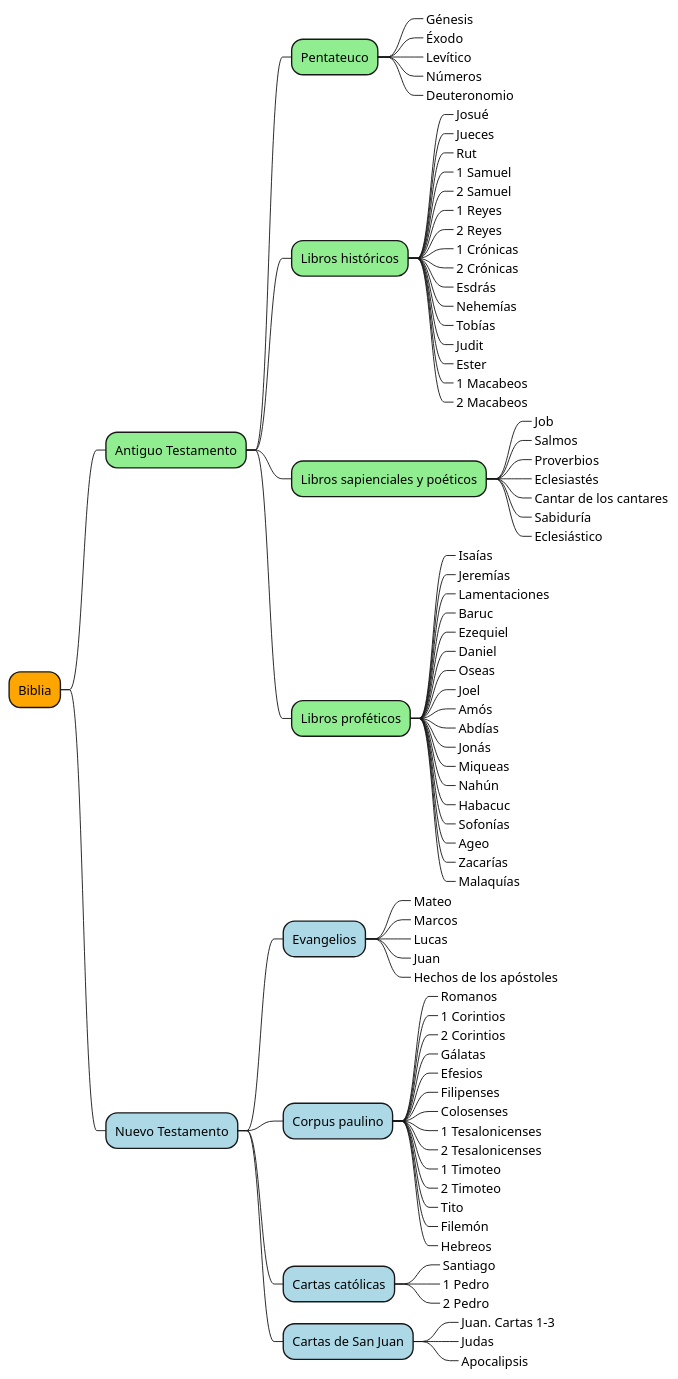
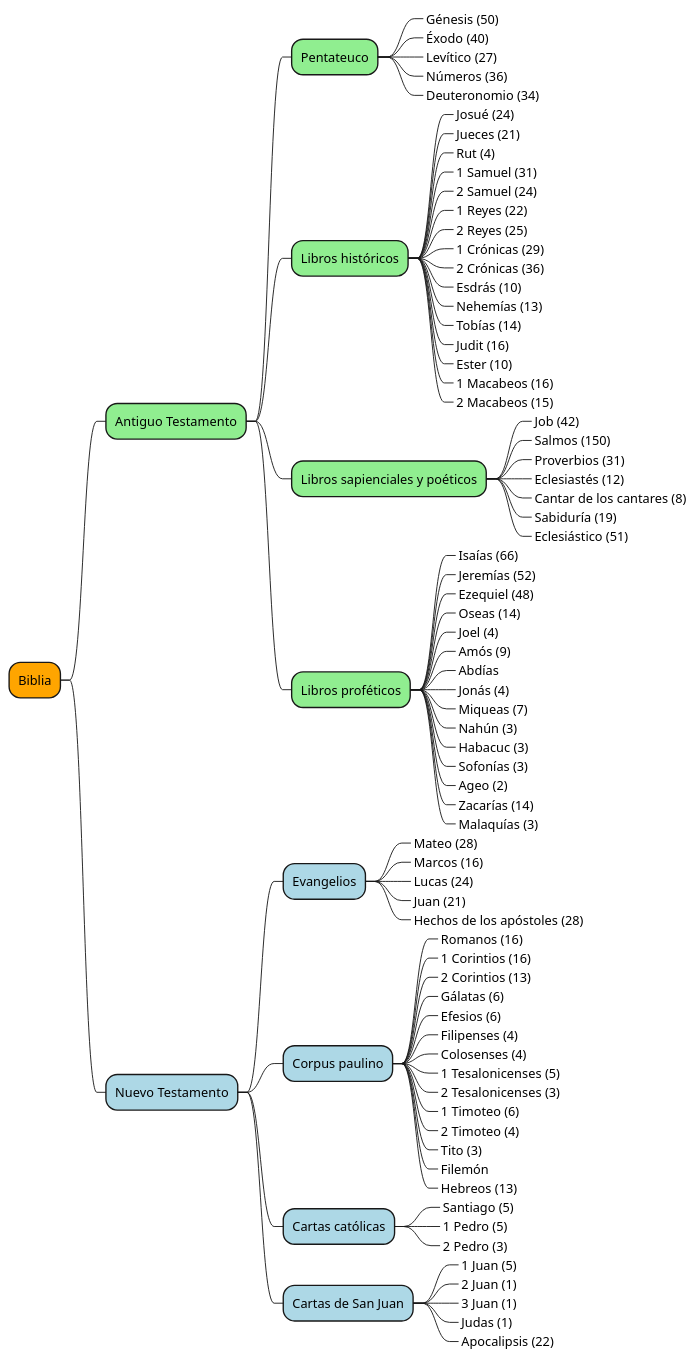
One commit to jeigar2/temas_biblicos changed the diagram in markdown/Libros_de_la_Biblia.md. Above: the diagram before and after it, drawn with PlantUML. The commit also changed other lines of this file, not shown here.

Commit message:
Update Libros_de_la_Biblia.md
agregado los capitulos por libro y separado las primer, segunda y tercera carta de Juan

````diff
--- a/markdown/Libros_de_la_Biblia.md
+++ b/markdown/Libros_de_la_Biblia.md
@@ -9,84 +9,83 @@
 *[#Orange] Biblia
 **[#lightgreen] Antiguo Testamento
 ***[#lightgreen] Pentateuco
-****_ Génesis
-****_ Éxodo
-****_ Levítico
-****_ Números
-****_ Deuteronomio
+****_ Génesis (50)
+****_ Éxodo (40)
+****_ Levítico (27)
+****_ Números (36)
+****_ Deuteronomio (34)
 ***[#lightgreen] Libros históricos
-****_ Josué
-****_ Jueces
-****_ Rut
-****_ 1 Samuel
-****_ 2 Samuel
-****_ 1 Reyes
-****_ 2 Reyes
-****_ 1 Crónicas
-****_ 2 Crónicas
-****_ Esdrás
-****_ Nehemías
-****_ Tobías
-****_ Judit
-****_ Ester
-****_ 1 Macabeos
-****_ 2 Macabeos
+****_ Josué (24)
+****_ Jueces (21)
+****_ Rut (4)
+****_ 1 Samuel (31)
+****_ 2 Samuel (24)
+****_ 1 Reyes (22)
+****_ 2 Reyes (25)
+****_ 1 Crónicas (29)
+****_ 2 Crónicas (36)
+****_ Esdrás (10)
+****_ Nehemías (13)
+****_ Tobías (14)
+****_ Judit (16)
+****_ Ester (10)
+****_ 1 Macabeos (16)
+****_ 2 Macabeos (15)
 ***[#lightgreen] Libros sapienciales y poéticos
-****_ Job
-****_ Salmos
-****_ Proverbios
-****_ Eclesiastés
-****_ Cantar de los cantares
-****_ Sabiduría
-****_ Eclesiástico
+****_ Job (42)
+****_ Salmos (150)
+****_ Proverbios (31)
+****_ Eclesiastés (12)
+****_ Cantar de los cantares (8)
+****_ Sabiduría (19)
+****_ Eclesiástico (51)
 ***[#lightgreen] Libros proféticos
-****_ Isaías
-****_ Jeremías
-****_ Lamentaciones
-****_ Baruc
-****_ Ezequiel
-****_ Daniel
-****_ Oseas
-****_ Joel
-****_ Amós
+****_ Isaías (66)
+****_ Jeremías (52)
+****_ Ezequiel (48)
+****_ Oseas (14)
+****_ Joel (4)
+****_ Amós (9)
 ****_ Abdías
-****_ Jonás
-****_ Miqueas
-****_ Nahún
-****_ Habacuc
-****_ Sofonías
-****_ Ageo
-****_ Zacarías
-****_ Malaquías
+****_ Jonás (4)
+****_ Miqueas (7)
+****_ Nahún (3)
+****_ Habacuc (3)
+****_ Sofonías (3)
+****_ Ageo (2)
+****_ Zacarías (14)
+****_ Malaquías (3)
 **[#lightblue] Nuevo Testamento
 ***[#lightblue] Evangelios
-****_ Mateo
-****_ Marcos
-****_ Lucas
-****_ Juan
-****_ Hechos de los apóstoles
+****_ Mateo (28)
+****_ Marcos (16)
+****_ Lucas (24)
+****_ Juan (21)
+****_ Hechos de los apóstoles (28)
 ***[#lightblue] Corpus paulino
-****_ Romanos
-****_ 1 Corintios
-****_ 2 Corintios
-****_ Gálatas
-****_ Efesios
-****_ Filipenses
-****_ Colosenses
-****_ 1 Tesalonicenses
-****_ 2 Tesalonicenses
-****_ 1 Timoteo
-****_ 2 Timoteo
-****_ Tito
+****_ Romanos (16)
+****_ 1 Corintios (16)
+****_ 2 Corintios (13)
+****_ Gálatas (6)
+****_ Efesios (6)
+****_ Filipenses (4)
+****_ Colosenses (4)
+****_ 1 Tesalonicenses (5)
+****_ 2 Tesalonicenses (3)
+****_ 1 Timoteo (6)
+****_ 2 Timoteo (4)
+****_ Tito (3)
 ****_ Filemón
-****_ Hebreos
+****_ Hebreos (13)
 ***[#lightblue] Cartas católicas
-****_ Santiago
-****_ 1 Pedro
-****_ 2 Pedro
+****_ Santiago (5)
+****_ 1 Pedro (5)
+****_ 2 Pedro (3)
 ***[#lightblue] Cartas de San Juan
-****_ Juan. Cartas 1-3
-****_ Judas
-****_ Apocalipsis
+****_ 1 Juan (5)
+****_ 2 Juan (1)
+****_ 3 Juan (1)
+****_ Judas (1)
+****_ Apocalipsis (22)
 @endmindmap
 ```
````
